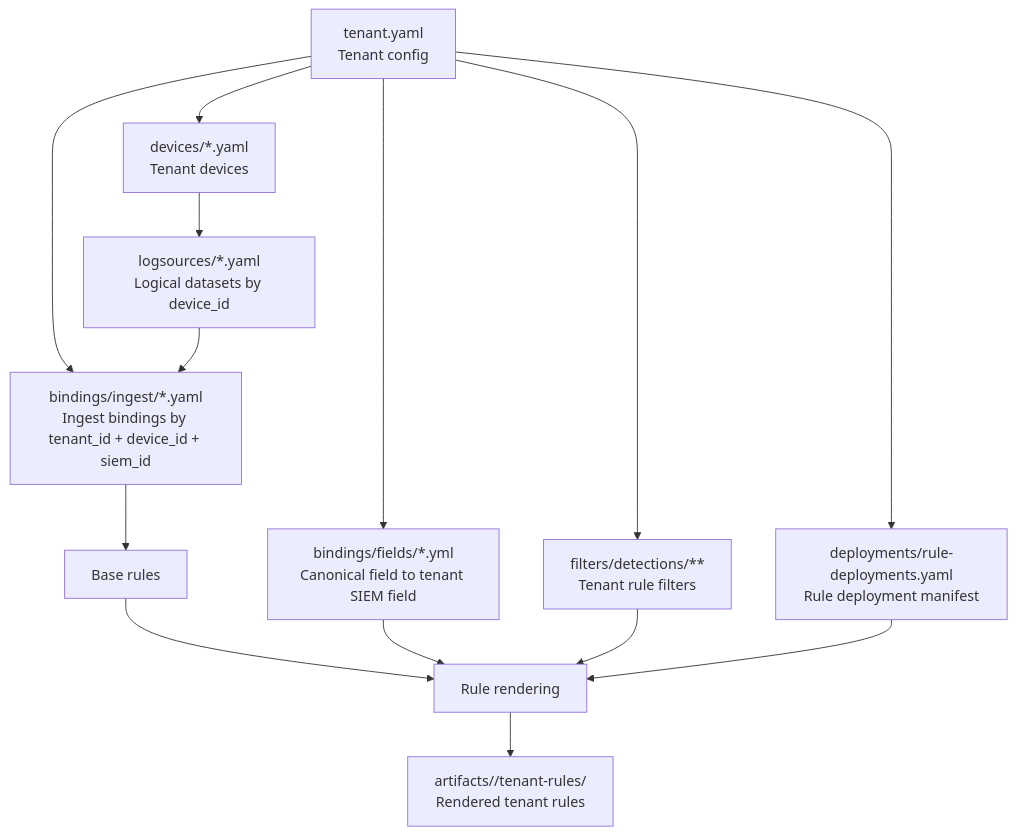
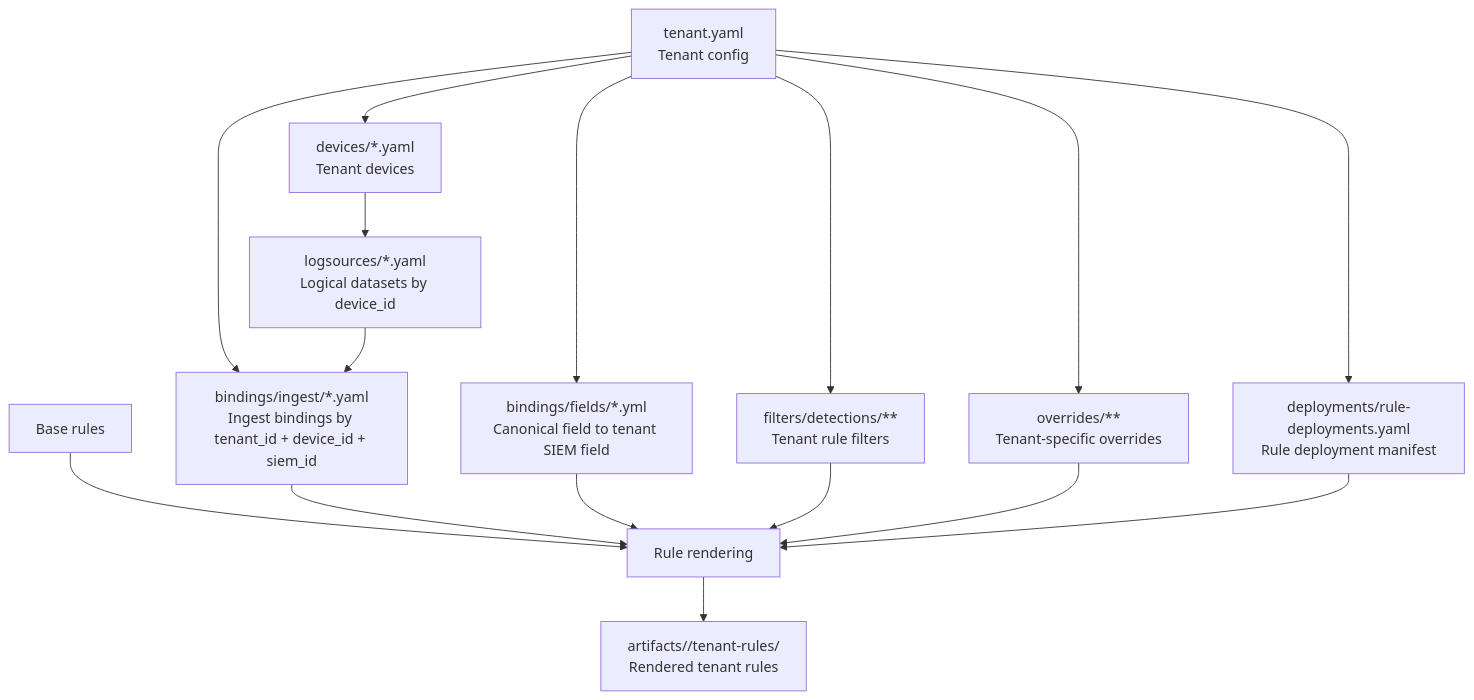
One commit to shuumaiko/SIEM-Detection-as-Code changed the diagram in docs/en/architecture/tenants-relationship.md. Above: the diagram before and after it, drawn with Mermaid. The commit also changed other lines of this file and 340 other files, not shown here.

````diff
--- a/docs/en/architecture/tenants-relationship.md
+++ b/docs/en/architecture/tenants-relationship.md
@@ -74,20 +86,22 @@
 ```mermaid
 flowchart TD
     A[tenant.yaml\nTenant config] --> B[devices/*.yaml\nTenant devices]
     B --> C[logsources/*.yaml\nLogical datasets by device_id]
 
     A --> D[bindings/ingest/*.yaml\nIngest bindings by tenant_id + device_id + siem_id]
     C --> D
     A --> E[bindings/fields/*.yml\nCanonical field to tenant SIEM field]
 
     A --> F[filters/detections/**\nTenant rule filters]
-    A --> G[deployments/rule-deployments.yaml\nRule deployment manifest]
+    A --> G[overrides/**\nTenant-specific overrides]
+    A --> H[deployments/rule-deployments.yaml\nRule deployment manifest]
 
-    H[Base rules] --> I[Rule rendering]
-    D --> H
-    E --> I
-    F --> I
-    G --> I
+    I[Base rules] --> J[Rule rendering]
+    D --> J
+    E --> J
+    F --> J
+    G --> J
+    H --> J
 
-    I --> J[artifacts/<tenant>/tenant-rules/\nRendered tenant rules]
+    J --> K[artifacts/<tenant>/tenant-rules/\nRendered tenant rules]
 ```
````
